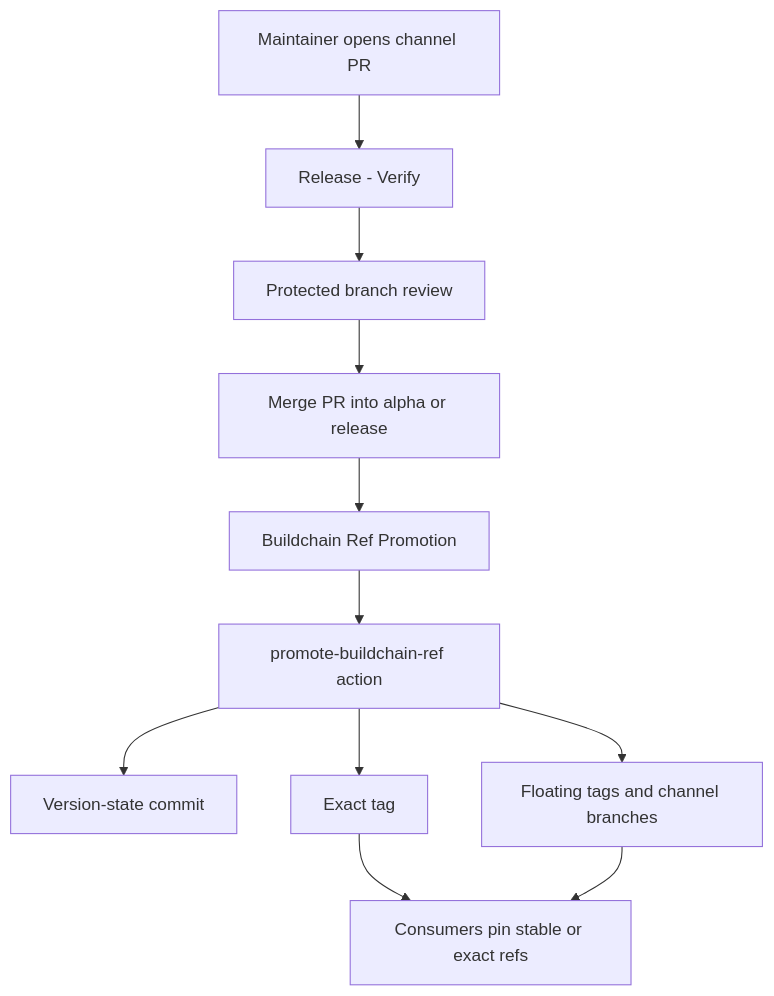
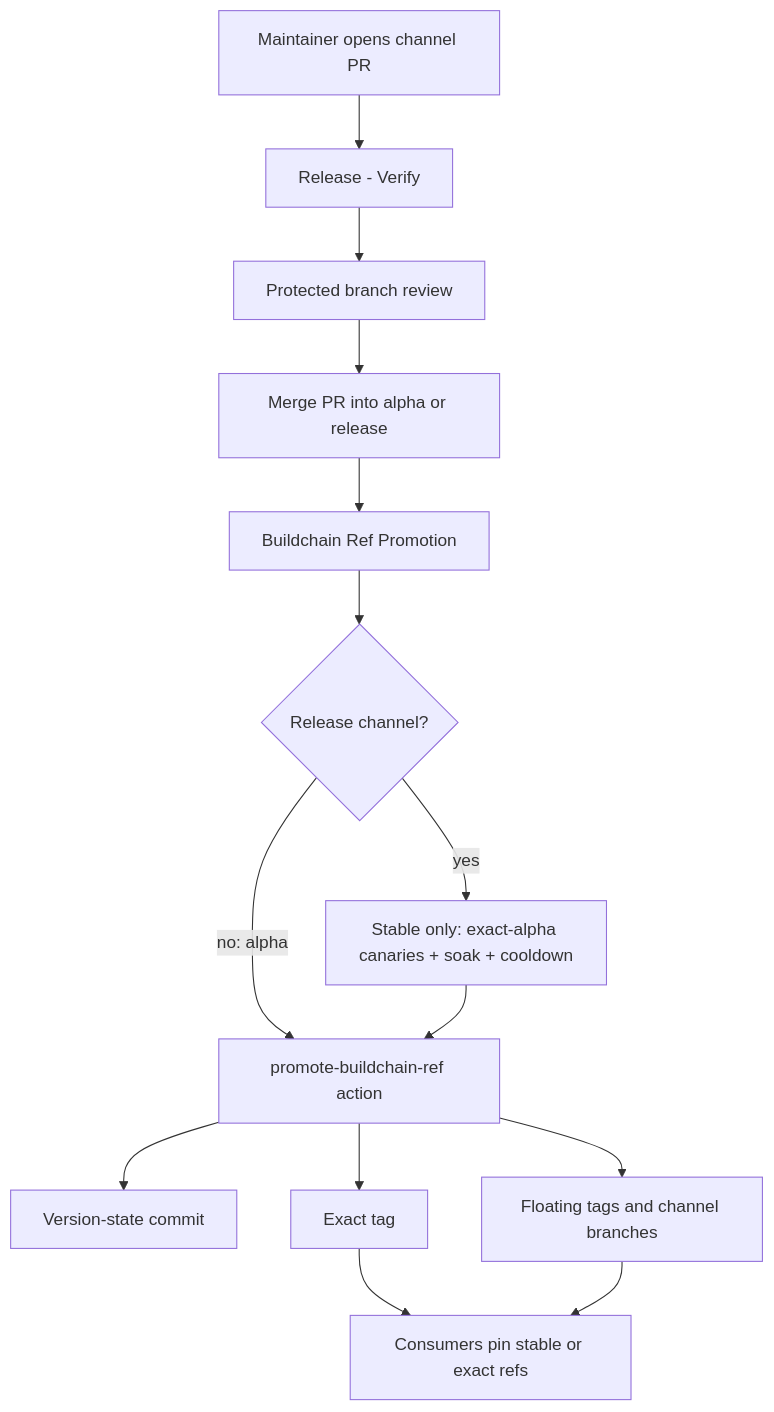
One commit to kungfu-systems/buildchain changed the first of 5 diagrams in docs/release-flow.md. Above: the diagram before and after it, drawn with Mermaid. The commit also changed other lines of this file and 21 other files, not shown here.

Commit message:
feat(release): gate stable promotion with canaries

````diff
--- a/docs/release-flow.md
+++ b/docs/release-flow.md
@@ -8,24 +8,29 @@
 ```mermaid
 flowchart TD
   Maintainer["Maintainer opens channel PR"]
   Verify["Release - Verify"]
   Review["Protected branch review"]
   Merge["Merge PR into alpha or release"]
   Promotion["Buildchain Ref Promotion"]
+  StableDecision{"Release channel?"}
+  StableGate["Stable only: exact-alpha canaries + soak + cooldown"]
   Action["promote-buildchain-ref action"]
   VersionState["Version-state commit"]
   ExactTag["Exact tag"]
   FloatingRefs["Floating tags and channel branches"]
   Consumers["Consumers pin stable or exact refs"]
 
   Maintainer --> Verify
   Verify --> Review
   Review --> Merge
   Merge --> Promotion
-  Promotion --> Action
+  Promotion --> StableDecision
+  StableDecision -->|yes| StableGate
+  StableDecision -->|no: alpha| Action
+  StableGate --> Action
   Action --> VersionState
   Action --> ExactTag
   Action --> FloatingRefs
   ExactTag --> Consumers
   FloatingRefs --> Consumers
 ```
````
